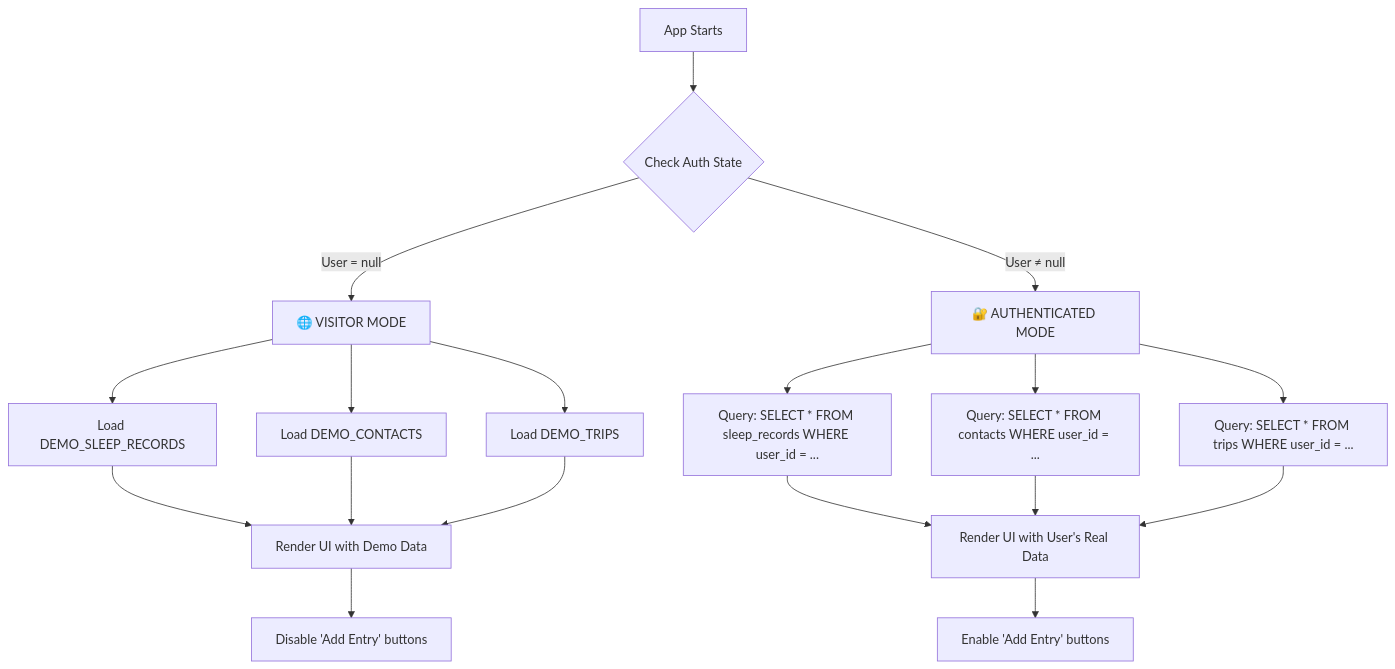
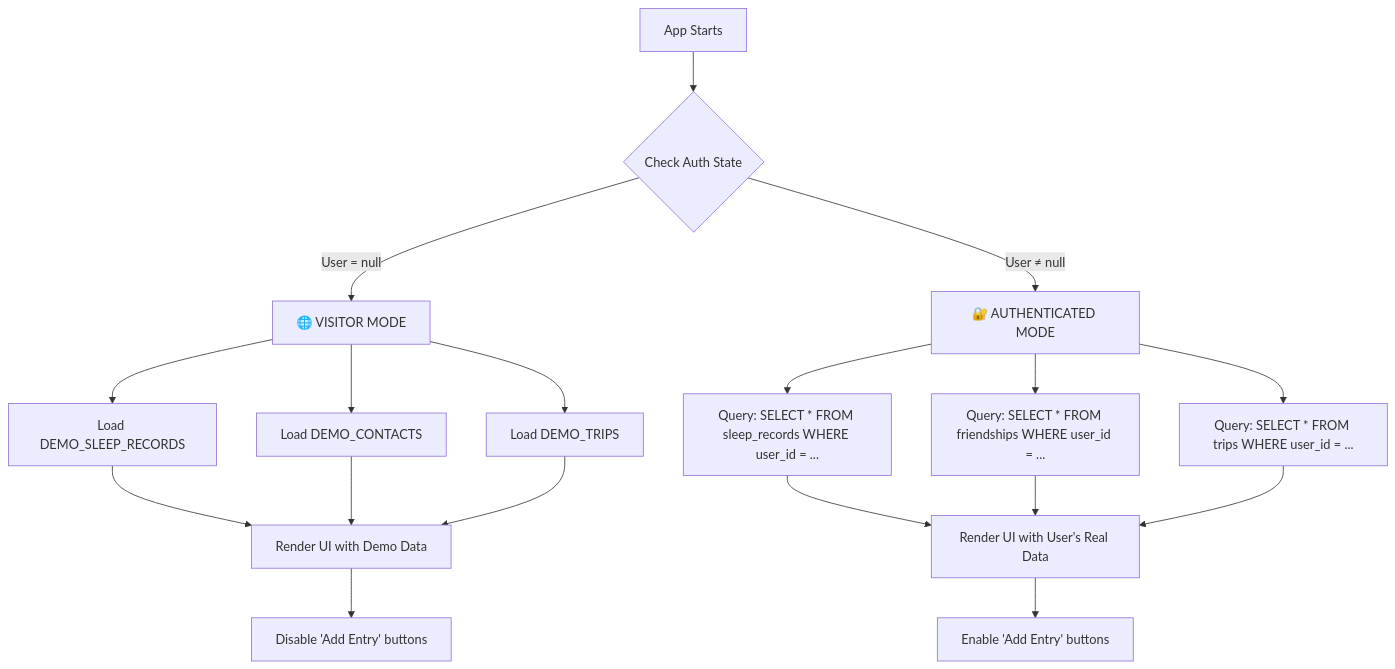
One commit to eloi-alt/stats_app_mobile changed the diagram in docs/architecture/MODES.md. Above: the diagram before and after it, drawn with Mermaid. The commit also changed other lines of this file and 8 other files, not shown here.

````diff
--- a/docs/architecture/MODES.md
+++ b/docs/architecture/MODES.md
@@ -61,25 +61,25 @@
 ```mermaid
 graph TD
     A[App Starts] --> B{Check Auth State}
     B -->|User = null| C[🌐 VISITOR MODE]
     B -->|User ≠ null| D[🔐 AUTHENTICATED MODE]
     
     C --> E[Load DEMO_SLEEP_RECORDS]
     C --> F[Load DEMO_CONTACTS]
     C --> G[Load DEMO_TRIPS]
     
     D --> H[Query: SELECT * FROM sleep_records WHERE user_id = ...]
-    D --> I[Query: SELECT * FROM contacts WHERE user_id = ...]
+    D --> I[Query: SELECT * FROM friendships WHERE user_id = ...]
     D --> J[Query: SELECT * FROM trips WHERE user_id = ...]
     
     E --> K[Render UI with Demo Data]
     F --> K
     G --> K
     
     H --> L[Render UI with User's Real Data]
     I --> L
     J --> L
     
     K --> M[Disable 'Add Entry' buttons]
     L --> N[Enable 'Add Entry' buttons]
 ```
````
